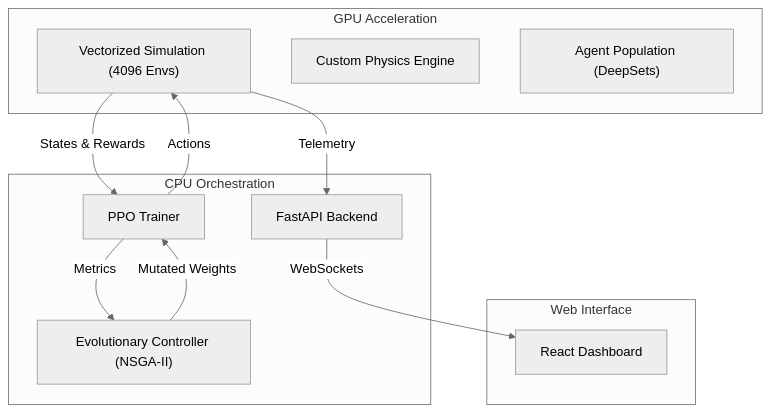
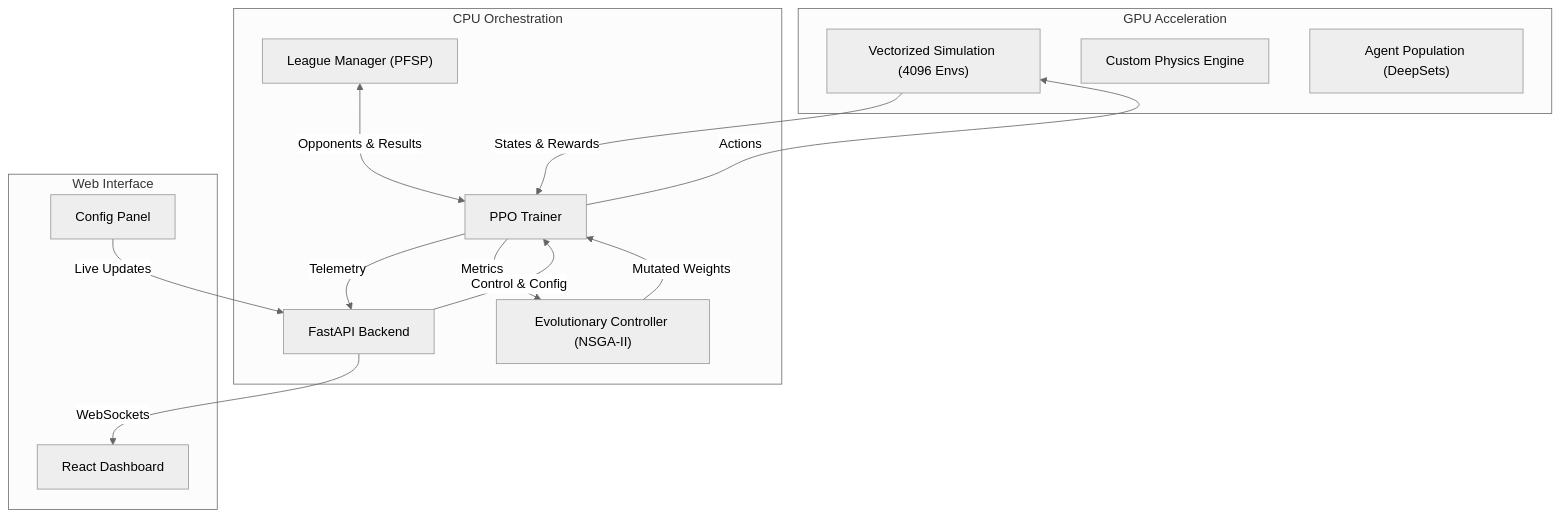
One commit to Vietnoirien/Sebulba-s-Legacy changed the diagram in README.md. Above: the diagram before and after it, drawn with Mermaid (neutral theme). The commit also changed other lines of this file and 3 other files, not shown here.

Commit message:
feat: Add live config panel for training parameters, restructure curriculum with new Team stage, and enhance PFSP details.

````diff
--- a/README.md
+++ b/README.md
@@ -52,25 +57,30 @@
 ```mermaid
 graph TD
     subgraph GPU [GPU Acceleration]
         Sim["Vectorized Simulation (4096 Envs)"]
         Physics[Custom Physics Engine]
         Models["Agent Population (DeepSets)"]
     end
     
     subgraph CPU [CPU Orchestration]
         PPO[PPO Trainer]
         GA["Evolutionary Controller (NSGA-II)"]
+        League["League Manager (PFSP)"]
         API[FastAPI Backend]
     end
     
     subgraph Client [Web Interface]
         React[React Dashboard]
+        Config[Config Panel]
     end
     
     Sim -->|States & Rewards| PPO
     PPO -->|Actions| Sim
-    Sim -->|Telemetry| API
+    PPO -->|Telemetry| API
     PPO -->|Metrics| GA
     GA -->|Mutated Weights| PPO
+    League <-->|Opponents & Results| PPO
     API -->|WebSockets| React
+    Config -->|Live Updates| API
+    API -->|Control & Config| PPO
 ```
````
